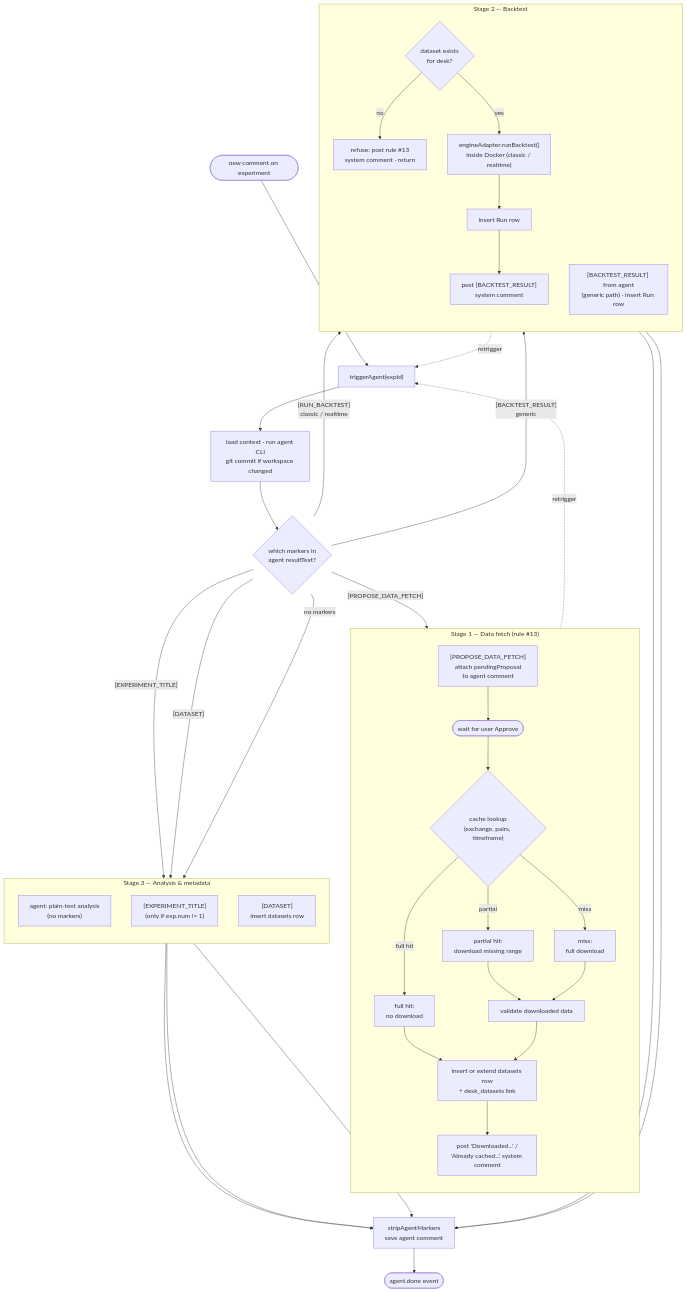
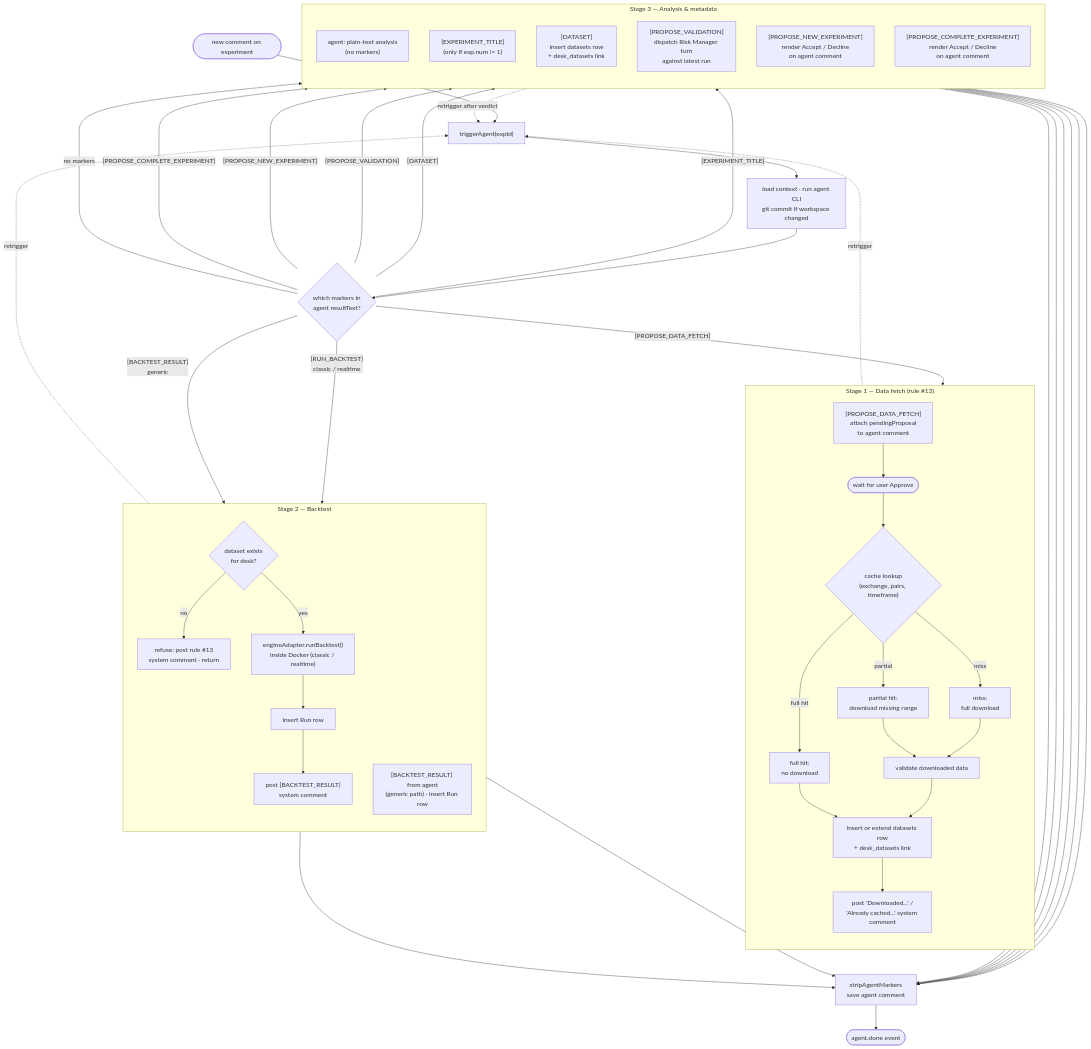
Before and after one commit to 0xbet-ai/QuantDesk: the first of 2 diagrams in doc/agent/LIFECYCLE.md, drawn with Mermaid. The commit also changed other lines of this file and 1 other file, not shown here.

Commit message:
docs: add remaining non-paper markers to LIFECYCLE Stage 3

````diff
--- a/doc/agent/LIFECYCLE.md
+++ b/doc/agent/LIFECYCLE.md
@@ -9,64 +9,74 @@
 ```mermaid
 %%{init: {'flowchart': {'nodeSpacing': 55, 'rankSpacing': 65, 'htmlLabels': true}, 'themeVariables': {'fontSize': '17px'}}}%%
 flowchart TD
     Start(["new comment on experiment"]) --> Trigger["triggerAgent(expId)"]
     Trigger --> Ctx["load context · run agent CLI<br/>git commit if workspace changed"]
     Ctx --> Parse{"which markers in<br/>agent resultText?"}
 
     %% ── STAGE 1: data fetch lifecycle ──
     subgraph S1["Stage 1 — Data fetch (rule #13)"]
         direction TB
         P1["#91;PROPOSE_DATA_FETCH#93;<br/>attach pendingProposal<br/>to agent comment"]
         P2(["wait for user Approve"])
         PL{"cache lookup<br/>(exchange, pairs, timeframe)"}
         PFH["full hit:<br/>no download"]
         PPH["partial hit:<br/>download missing range"]
         PMS["miss:<br/>full download"]
         PV["validate downloaded data"]
         P3a["insert or extend datasets row<br/>+ desk_datasets link"]
         P4["post 'Downloaded...' /<br/>'Already cached...' system comment"]
         P1 --> P2 --> PL
         PL -- full hit --> PFH --> P3a
         PL -- partial --> PPH --> PV
         PL -- miss --> PMS --> PV
         PV --> P3a --> P4
     end
 
     %% ── STAGE 2: backtest lifecycle ──
     subgraph S2["Stage 2 — Backtest"]
         direction TB
         B0{"dataset exists<br/>for desk?"}
         B1["refuse: post rule #13<br/>system comment · return"]
         B2["engineAdapter.runBacktest()<br/>inside Docker (classic / realtime)"]
         B3["insert Run row"]
         B4["post #91;BACKTEST_RESULT#93;<br/>system comment"]
         BG["#91;BACKTEST_RESULT#93; from agent<br/>(generic path) · insert Run row"]
         B0 -- no --> B1
         B0 -- yes --> B2 --> B3 --> B4
     end
 
     %% ── STAGE 3: analysis / metadata ──
     subgraph S3["Stage 3 — Analysis &amp; metadata"]
         direction TB
         A1["agent: plain-text analysis<br/>(no markers)"]
         A2["#91;EXPERIMENT_TITLE#93;<br/>(only if exp.num != 1)"]
-        A3["#91;DATASET#93;<br/>insert datasets row"]
+        A3["#91;DATASET#93;<br/>insert datasets row<br/>+ desk_datasets link"]
+        A4["#91;PROPOSE_VALIDATION#93;<br/>dispatch Risk Manager turn<br/>against latest run"]
+        A5["#91;PROPOSE_NEW_EXPERIMENT#93;<br/>render Accept / Decline<br/>on agent comment"]
+        A6["#91;PROPOSE_COMPLETE_EXPERIMENT#93;<br/>render Accept / Decline<br/>on agent comment"]
     end
 
     Parse -- "#91;PROPOSE_DATA_FETCH#93;" --> P1
     Parse -- "#91;RUN_BACKTEST#93;<br/>classic / realtime" --> B0
     Parse -- "#91;BACKTEST_RESULT#93;<br/>generic" --> BG
     Parse -- "#91;EXPERIMENT_TITLE#93;" --> A2
     Parse -- "#91;DATASET#93;" --> A3
+    Parse -- "#91;PROPOSE_VALIDATION#93;" --> A4
+    Parse -- "#91;PROPOSE_NEW_EXPERIMENT#93;" --> A5
+    Parse -- "#91;PROPOSE_COMPLETE_EXPERIMENT#93;" --> A6
     Parse -- "no markers" --> A1
 
     %% retrigger edges showing the stage cycle
     P4 -. "retrigger" .-> Trigger
     B4 -. "retrigger" .-> Trigger
+    A4 -. "retrigger after verdict" .-> Trigger
     BG --> Strip
     A1 --> Strip
     A2 --> Strip
     A3 --> Strip
+    A4 --> Strip
+    A5 --> Strip
+    A6 --> Strip
     B1 --> Strip
     Strip["stripAgentMarkers<br/>save agent comment"] --> Done(["agent.done event"])
 ```
````
